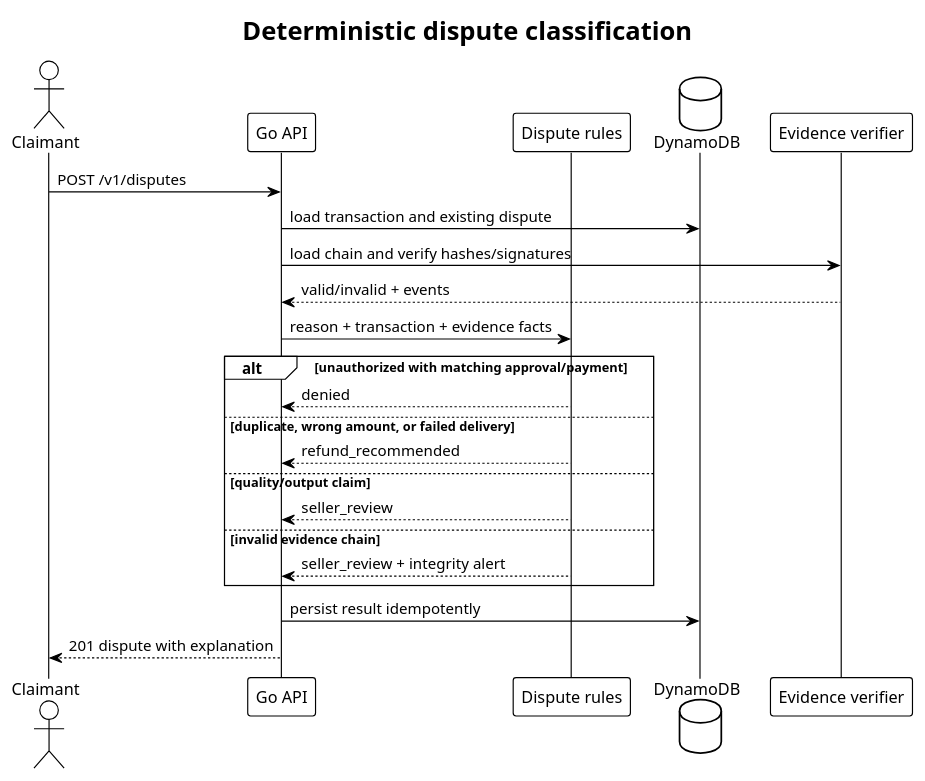
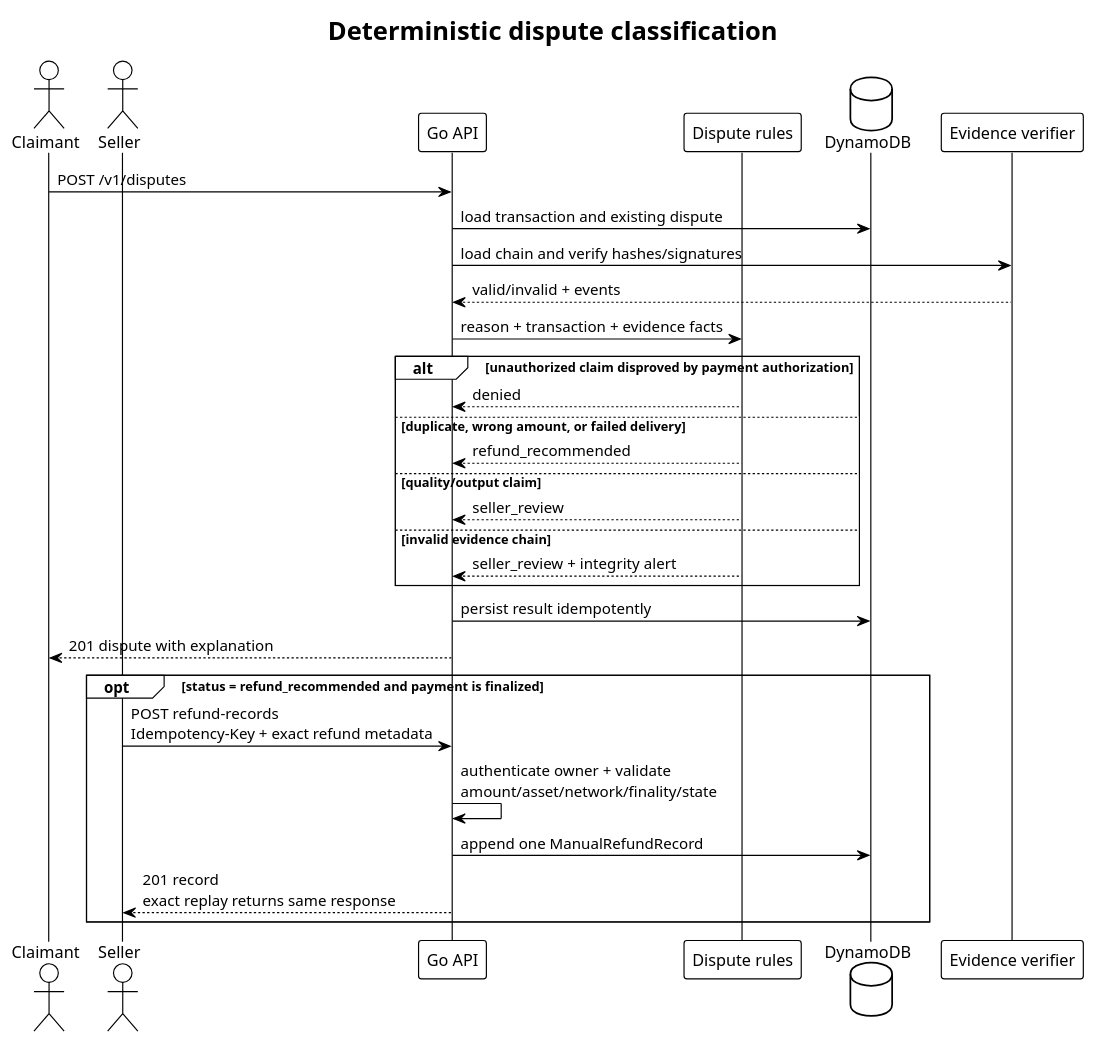
One commit to PrathamRanka/fourGeez changed the diagram in docs/uml/dispute-sequence.puml. Above: the diagram before and after it, drawn with PlantUML. The commit also changed 95 other files, not shown here.

```diff
--- a/docs/uml/dispute-sequence.puml
+++ b/docs/uml/dispute-sequence.puml
@@ -1,29 +1,37 @@
 @startuml AgentPay Dispute Sequence
 !theme plain
 title Deterministic dispute classification
 
 actor Claimant
+actor Seller
 participant "Go API" as API
 participant "Dispute rules" as Rules
 database "DynamoDB" as DDB
 participant "Evidence verifier" as Evidence
 
 Claimant -> API : POST /v1/disputes
 API -> DDB : load transaction and existing dispute
 API -> Evidence : load chain and verify hashes/signatures
 Evidence --> API : valid/invalid + events
 API -> Rules : reason + transaction + evidence facts
 
-alt unauthorized with matching approval/payment
+alt unauthorized claim disproved by payment authorization
   Rules --> API : denied
 else duplicate, wrong amount, or failed delivery
   Rules --> API : refund_recommended
 else quality/output claim
   Rules --> API : seller_review
 else invalid evidence chain
   Rules --> API : seller_review + integrity alert
 end
 
 API -> DDB : persist result idempotently
 API --> Claimant : 201 dispute with explanation
+
+opt status = refund_recommended and payment is finalized
+  Seller -> API : POST refund-records\nIdempotency-Key + exact refund metadata
+  API -> API : authenticate owner + validate\namount/asset/network/finality/state
+  API -> DDB : append one ManualRefundRecord
+  API --> Seller : 201 record\nexact replay returns same response
+end
 @enduml
```
